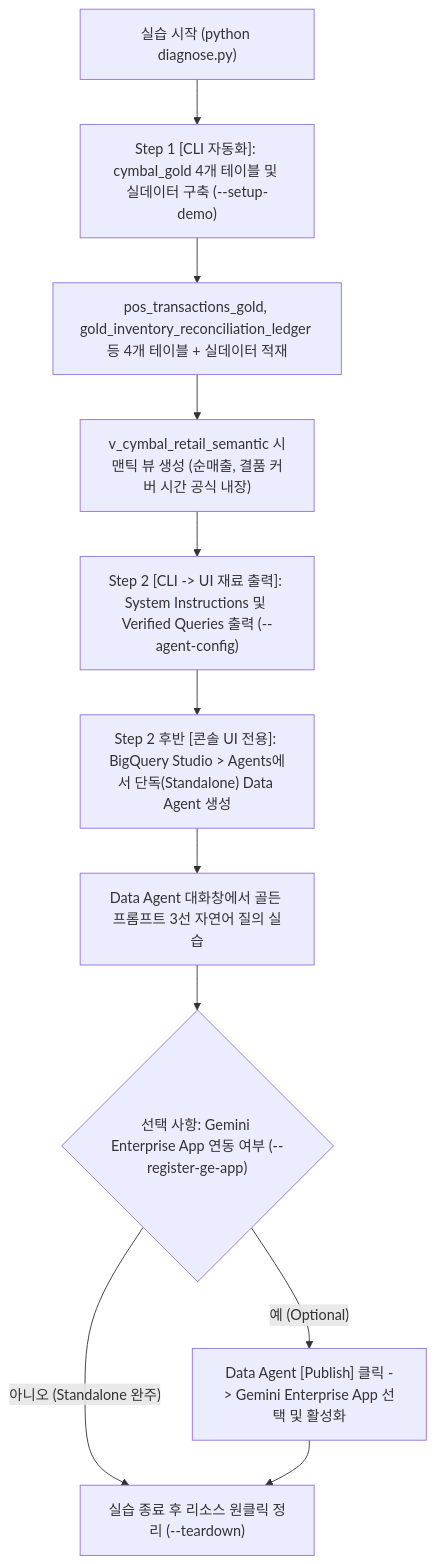
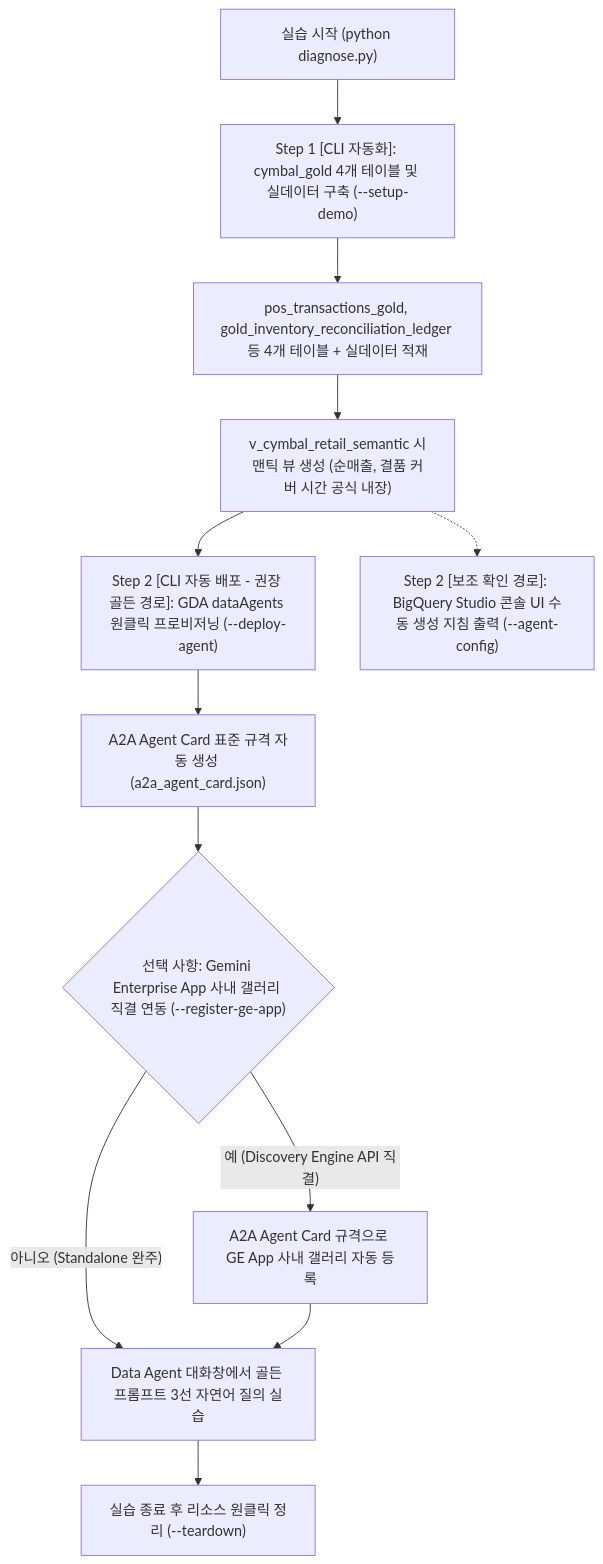
Before and after one commit to jiangjun-forge/google-cloud-0-to-1: the diagram in samples/bigquery-data-agent-starter/README.md, drawn with Mermaid. The commit also changed other lines of this file and 8 other files, not shown here.

Commit message:
Upgrade data agent

````diff
--- a/samples/bigquery-data-agent-starter/README.md
+++ b/samples/bigquery-data-agent-starter/README.md
@@ -39,13 +40,14 @@
 ```mermaid
 flowchart TD
     A["실습 시작 (python diagnose.py)"] --> B["Step 1 [CLI 자동화]: cymbal_gold 4개 테이블 및 실데이터 구축 (--setup-demo)"]
     B --> C["pos_transactions_gold, gold_inventory_reconciliation_ledger 등 4개 테이블 + 실데이터 적재"]
     C --> D["v_cymbal_retail_semantic 시맨틱 뷰 생성 (순매출, 결품 커버 시간 공식 내장)"]
-    D --> E["Step 2 [CLI -> UI 재료 출력]: System Instructions 및 Verified Queries 출력 (--agent-config)"]
-    E --> F["Step 2 후반 [콘솔 UI 전용]: BigQuery Studio > Agents에서 단독(Standalone) Data Agent 생성"]
-    F --> G["Data Agent 대화창에서 골든 프롬프트 3선 자연어 질의 실습"]
-    G --> H{"선택 사항: Gemini Enterprise App 연동 여부 (--register-ge-app)"}
-    H -- "예 (Optional)" --> I["Data Agent [Publish] 클릭 -> Gemini Enterprise App 선택 및 활성화"]
-    H -- "아니오 (Standalone 완주)" --> J["실습 종료 후 리소스 원클릭 정리 (--teardown)"]
+    D --> E["Step 2 [CLI 자동 배포 - 권장 골든 경로]: GDA dataAgents 원클릭 프로비저닝 (--deploy-agent)"]
+    E --> F["A2A Agent Card 표준 규격 자동 생성 (a2a_agent_card.json)"]
+    D -.-> G["Step 2 [보조 확인 경로]: BigQuery Studio 콘솔 UI 수동 생성 지침 출력 (--agent-config)"]
+    F --> H{"선택 사항: Gemini Enterprise App 사내 갤러리 직결 연동 (--register-ge-app)"}
+    H -- "예 (Discovery Engine API 직결)" --> I["A2A Agent Card 규격으로 GE App 사내 갤러리 자동 등록"]
+    H -- "아니오 (Standalone 완주)" --> J["Data Agent 대화창에서 골든 프롬프트 3선 자연어 질의 실습"]
     I --> J
+    J --> K["실습 종료 후 리소스 원클릭 정리 (--teardown)"]
 ```
````
